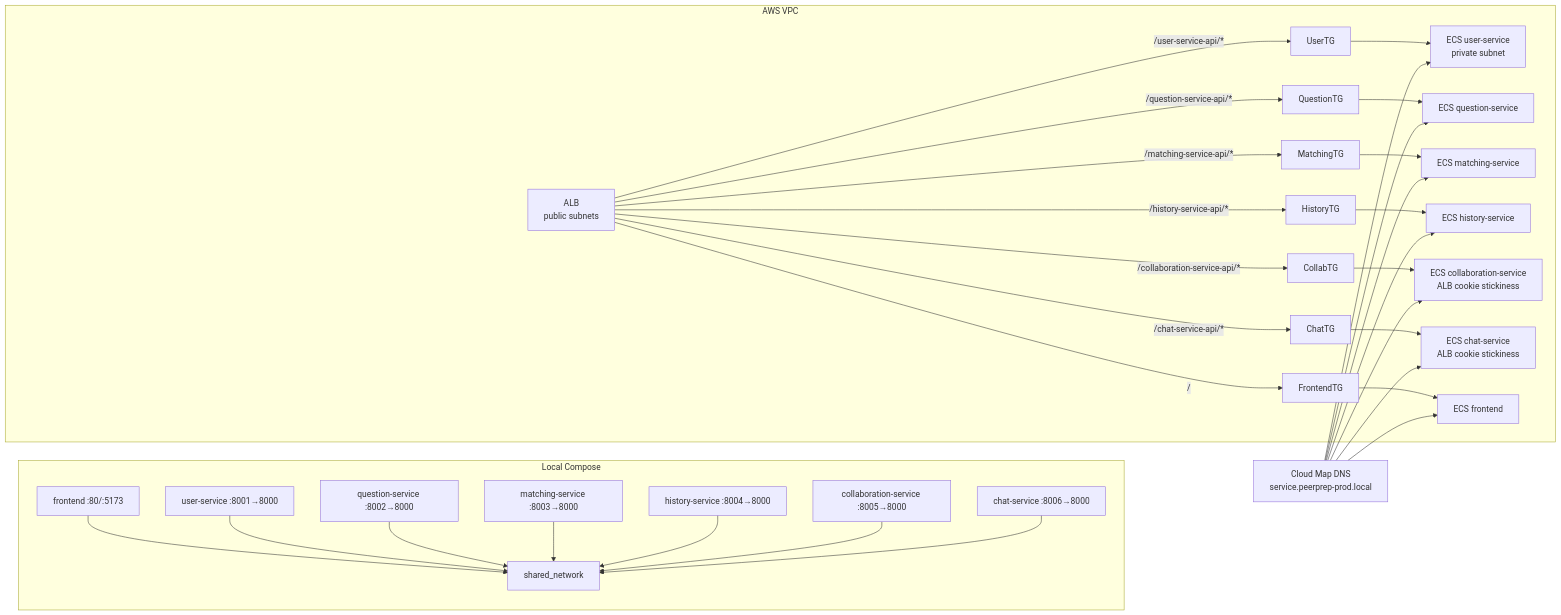
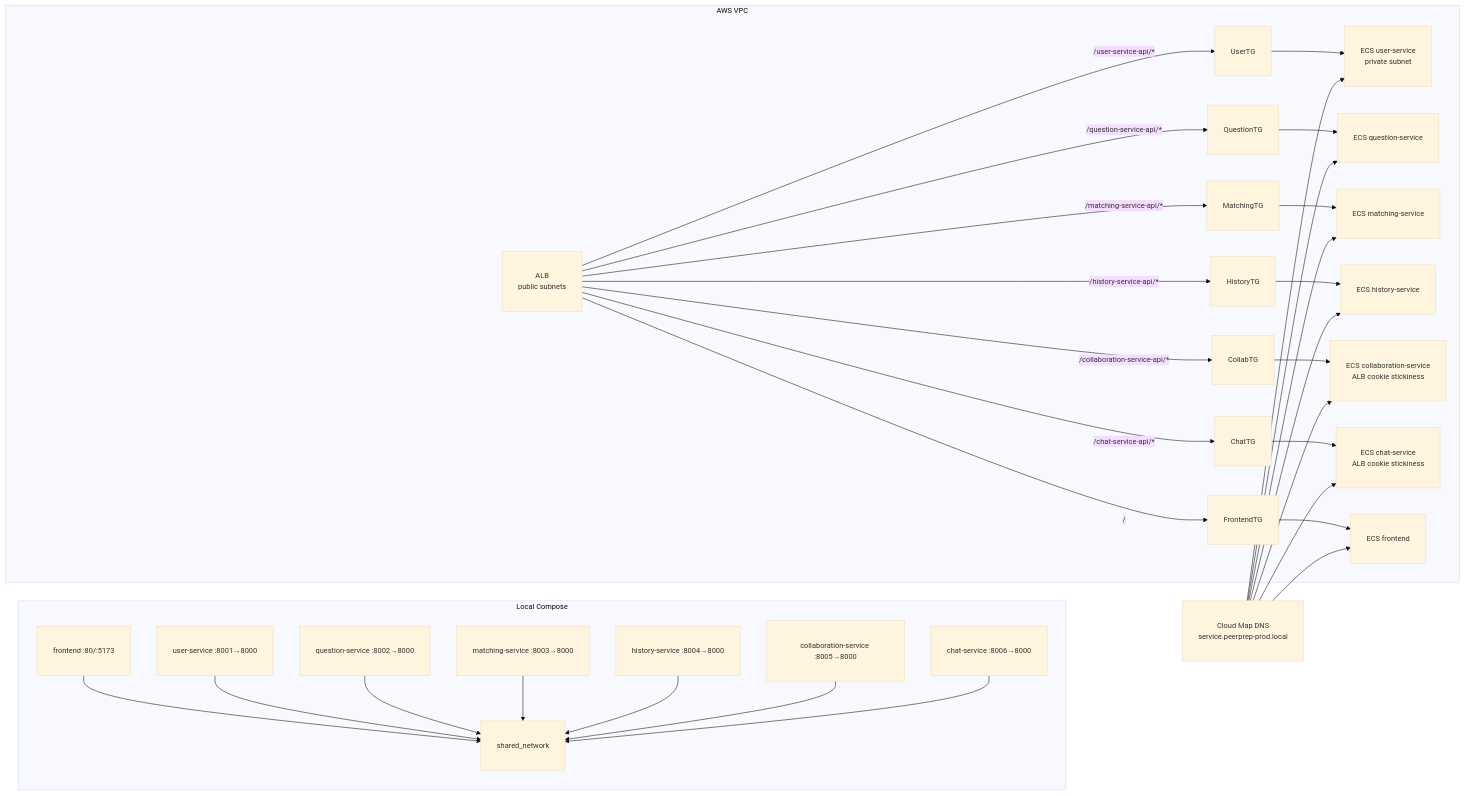
The sixth of 8 diagrams in docs/p1_deploy.md (JoanneHing/cs3219-ay2526s1-project-g19), drawn with Mermaid before and after one commit. The commit also changed other lines of this file, not shown here.

````diff
--- a/docs/p1_deploy.md
+++ b/docs/p1_deploy.md
@@ -176,38 +192,42 @@
 ```mermaid
+%%{init: {'theme':'base', 'themeVariables': {'fontSize':'14px'}}}%%
 graph LR
   subgraph LocalCompose["Local Compose"]
     FrontendC["frontend :80/:5173"] --> SharedNet["shared_network"]
     UserC["user-service :8001→8000"] --> SharedNet
     QuestionC["question-service :8002→8000"] --> SharedNet
     MatchingC["matching-service :8003→8000"] --> SharedNet
     HistoryC["history-service :8004→8000"] --> SharedNet
     CollabC["collaboration-service :8005→8000"] --> SharedNet
     ChatC["chat-service :8006→8000"] --> SharedNet
   end
 
   subgraph AWSVPC["AWS VPC"]
     ALB2["ALB<br/>public subnets"] -->|"/user-service-api/*"| UserTG
     ALB2 -->|"/question-service-api/*"| QuestionTG
     ALB2 -->|"/matching-service-api/*"| MatchingTG
     ALB2 -->|"/history-service-api/*"| HistoryTG
     ALB2 -->|"/collaboration-service-api/*"| CollabTG
     ALB2 -->|"/chat-service-api/*"| ChatTG
     ALB2 -->|"/"| FrontendTG
 
     UserTG --> UserTask["ECS user-service<br/>private subnet"]
     QuestionTG --> QuestionTask["ECS question-service"]
     MatchingTG --> MatchingTask["ECS matching-service"]
     HistoryTG --> HistoryTask["ECS history-service"]
     CollabTG --> CollabTask["ECS collaboration-service<br/>ALB cookie stickiness"]
     ChatTG --> ChatTask["ECS chat-service<br/>ALB cookie stickiness"]
     FrontendTG --> FrontendTask["ECS frontend"]
   end
 
   CloudMap["Cloud Map DNS<br/>service.peerprep-prod.local"] --> UserTask
   CloudMap --> QuestionTask
   CloudMap --> MatchingTask
   CloudMap --> HistoryTask
   CloudMap --> CollabTask
   CloudMap --> ChatTask
   CloudMap --> FrontendTask
+
+  classDef wider padding:10px
+  class FrontendC,UserC,QuestionC,MatchingC,HistoryC,CollabC,ChatC,SharedNet,ALB2,UserTG,QuestionTG,MatchingTG,HistoryTG,CollabTG,ChatTG,FrontendTG,UserTask,QuestionTask,MatchingTask,HistoryTask,CollabTask,ChatTask,FrontendTask,CloudMap wider
 ```
````
